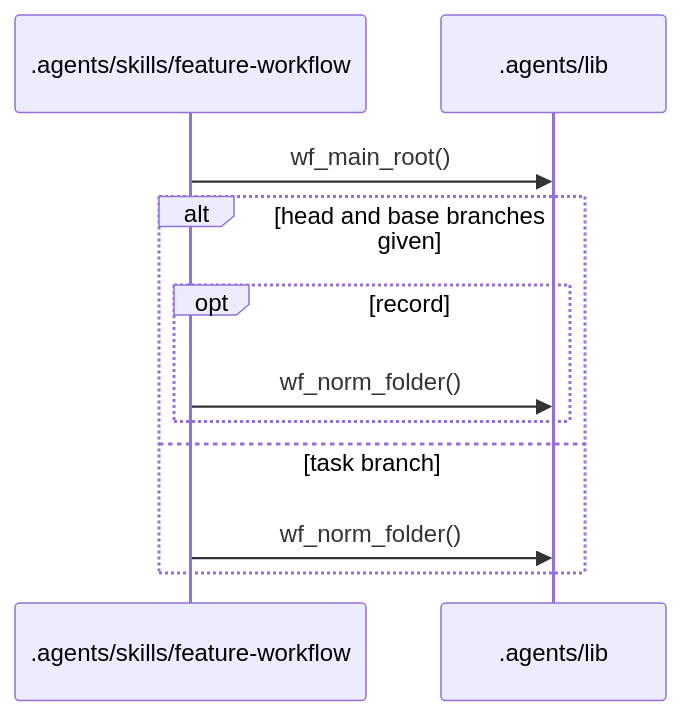
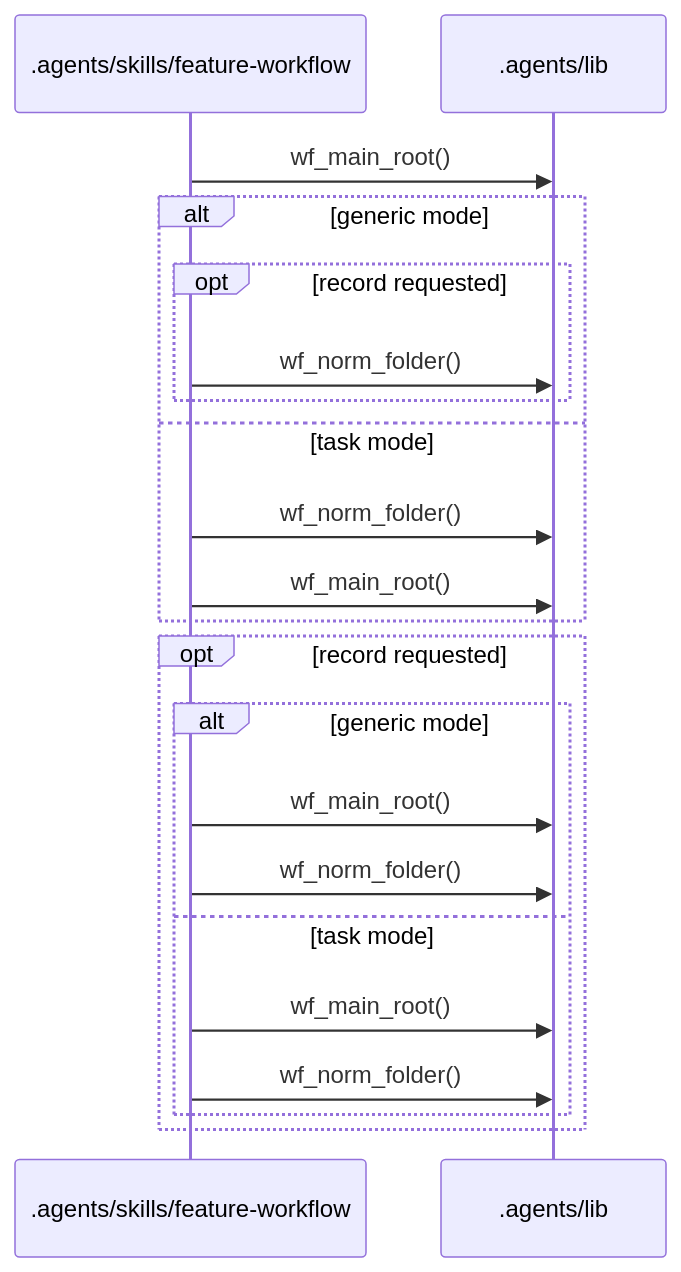
Diagram 11 of 15 in .workflow/cache/flows.md (TajVirani/llm-scaffold-claude), drawn with Mermaid before and after one commit. The commit also changed other lines of this file and 2 other files, not shown here.

Commit message:
Workflow data for 007-done-folder: caches republished at 9e971ad

````diff
--- a/.workflow/cache/flows.md
+++ b/.workflow/cache/flows.md
@@ -216,13 +233,23 @@
 ```mermaid
 sequenceDiagram
   participant _agents_skills_feature_workflow as .agents/skills/feature-workflow
   participant _agents_lib as .agents/lib
   _agents_skills_feature_workflow->>_agents_lib: wf_main_root()
-  alt head and base branches given
-    opt record
+  alt generic mode
+    opt record requested
       _agents_skills_feature_workflow->>_agents_lib: wf_norm_folder()
     end
-  else task branch
+  else task mode
     _agents_skills_feature_workflow->>_agents_lib: wf_norm_folder()
+    _agents_skills_feature_workflow->>_agents_lib: wf_main_root()
+  end
+  opt record requested
+    alt generic mode
+      _agents_skills_feature_workflow->>_agents_lib: wf_main_root()
+      _agents_skills_feature_workflow->>_agents_lib: wf_norm_folder()
+    else task mode
+      _agents_skills_feature_workflow->>_agents_lib: wf_main_root()
+      _agents_skills_feature_workflow->>_agents_lib: wf_norm_folder()
+    end
   end
 ```
````
